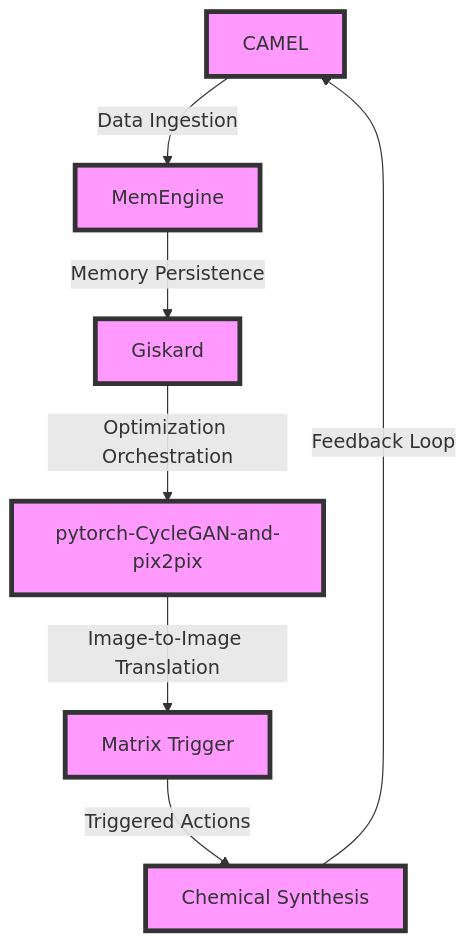
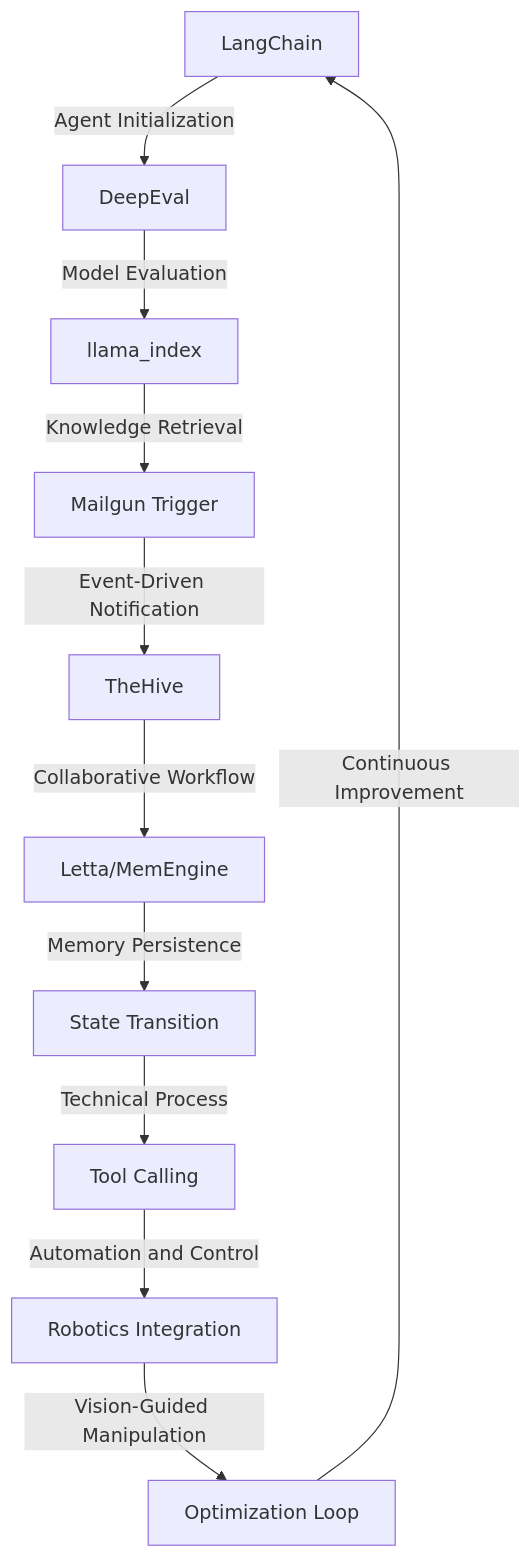
The diagram in README.md (arvind-sundararajan/chemical-synthesis-optimizer), drawn with Mermaid before and after one commit. The commit also changed other lines of this file, not shown here.

Commit message:
docs: add comprehensive Cognitive Chemical Synthesis Optimization Engine README

````diff
--- a/README.md
+++ b/README.md
@@ -5,15 +6,13 @@
 ```mermaid
 graph TD
-    A[CAMEL] -->|Data Ingestion| B[MemEngine]
-    B -->|Memory Persistence| C[Giskard]
-    C -->|Optimization Orchestration| D[pytorch-CycleGAN-and-pix2pix]
-    D -->|Image-to-Image Translation| E[Matrix Trigger]
-    E -->|Triggered Actions| F[Chemical Synthesis]
-    F -->|Feedback Loop| A
-    style A fill:#f9f,stroke:#333,stroke-width:4px
-    style B fill:#f9f,stroke:#333,stroke-width:4px
-    style C fill:#f9f,stroke:#333,stroke-width:4px
-    style D fill:#f9f,stroke:#333,stroke-width:4px
-    style E fill:#f9f,stroke:#333,stroke-width:4px
-    style F fill:#f9f,stroke:#333,stroke-width:4px
+    A[LangChain] -->|Agent Initialization| B[DeepEval]
+    B -->|Model Evaluation| C[llama_index]
+    C -->|Knowledge Retrieval| D[Mailgun Trigger]
+    D -->|Event-Driven Notification| E[TheHive]
+    E -->|Collaborative Workflow| F[Letta/MemEngine]
+    F -->|Memory Persistence| G[State Transition]
+    G -->|Technical Process| H[Tool Calling]
+    H -->|Automation and Control| I[Robotics Integration]
+    I -->|Vision-Guided Manipulation| J[Optimization Loop]
+    J -->|Continuous Improvement| A
 ```
````
